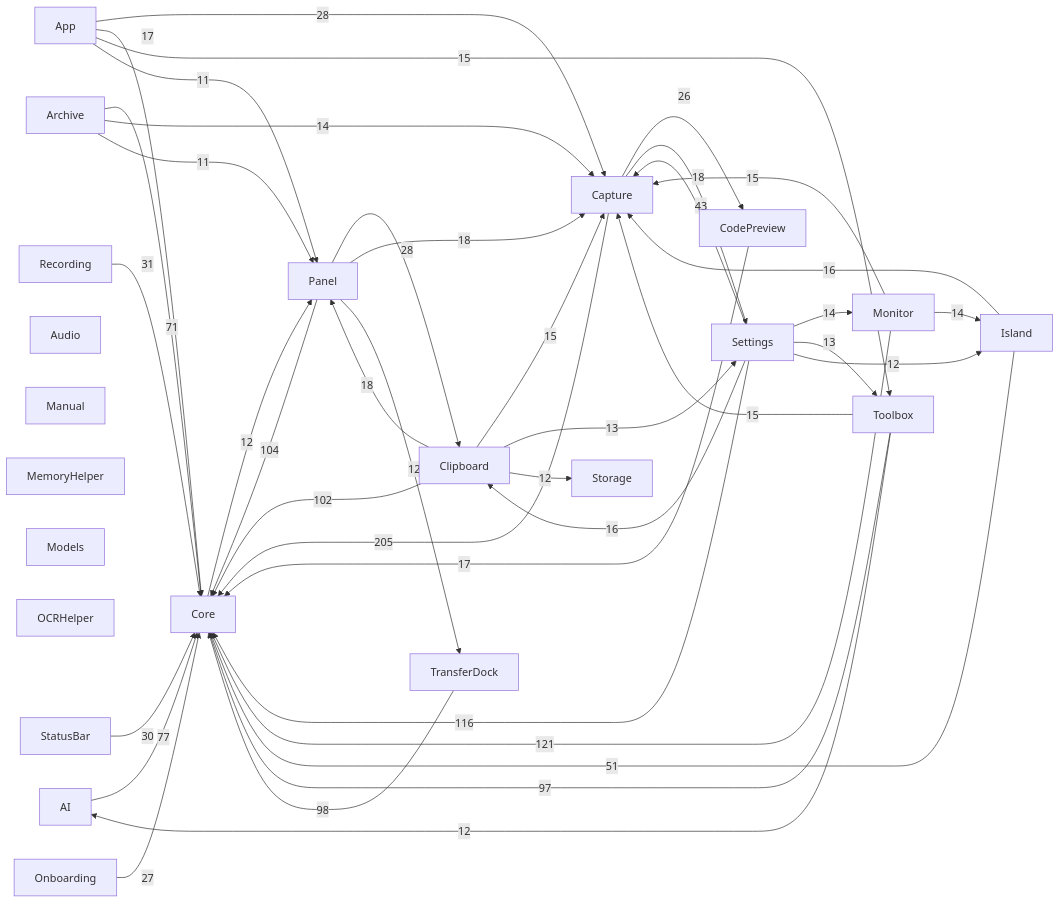
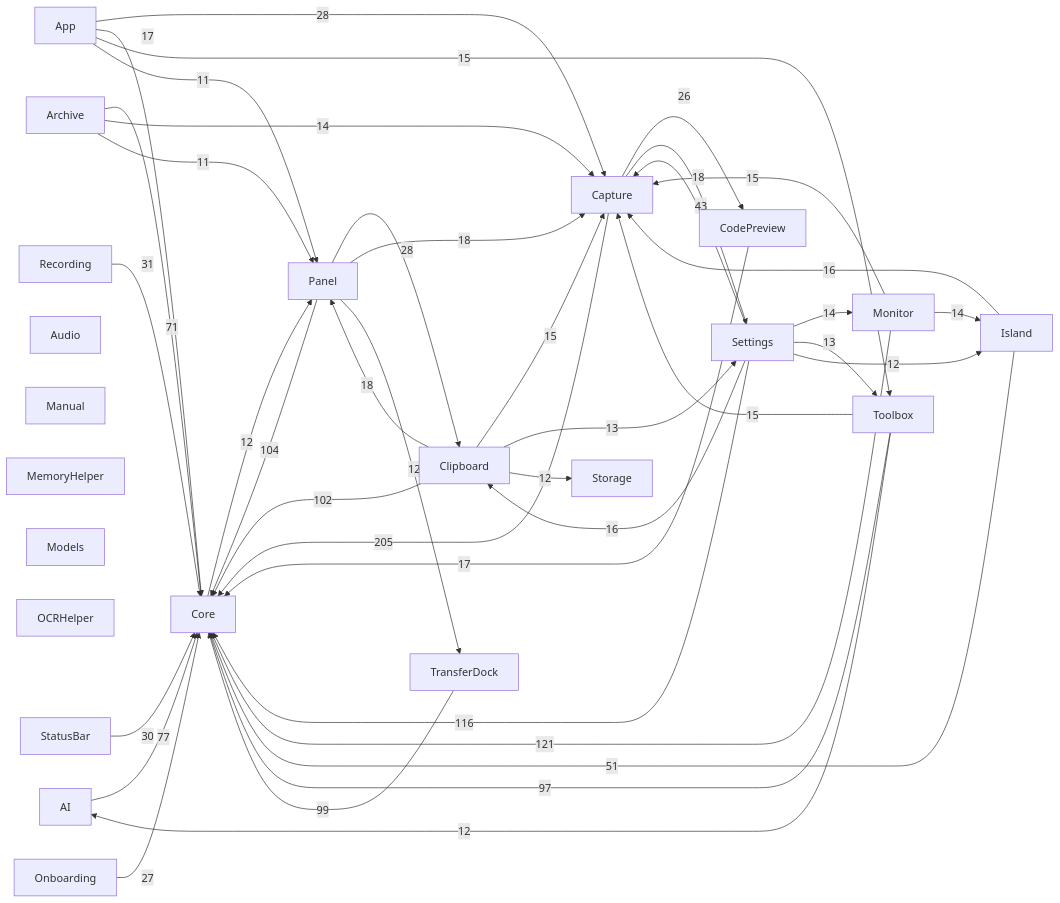
The diagram in docs/00-总览/模块依赖图.md (sxyq/Kitnest), drawn with Mermaid before and after one commit. The commit also changed other lines of this file and 6 other files, not shown here.

````diff
--- a/docs/00-总览/模块依赖图.md
+++ b/docs/00-总览/模块依赖图.md
@@ -36,65 +36,65 @@
 ```mermaid
 flowchart LR
   M0["AI"]
   M1["App"]
   M2["Archive"]
   M3["Audio"]
   M4["Capture"]
   M5["Clipboard"]
   M6["CodePreview"]
   M7["Core"]
   M8["Island"]
   M9["Manual"]
   M10["MemoryHelper"]
   M11["Models"]
   M12["Monitor"]
   M13["OCRHelper"]
   M14["Onboarding"]
   M15["Panel"]
   M16["Recording"]
   M17["Settings"]
   M18["StatusBar"]
   M19["Storage"]
   M20["Toolbox"]
   M21["TransferDock"]
   M4 -->|205| M7
   M12 -->|121| M7
   M17 -->|116| M7
   M15 -->|104| M7
   M5 -->|102| M7
-  M21 -->|98| M7
+  M21 -->|99| M7
   M20 -->|97| M7
   M0 -->|77| M7
   M2 -->|71| M7
   M8 -->|51| M7
   M17 -->|43| M4
   M16 -->|31| M7
   M18 -->|30| M7
   M1 -->|28| M4
   M15 -->|28| M5
   M14 -->|27| M7
   M4 -->|26| M6
   M4 -->|18| M17
   M5 -->|18| M15
   M15 -->|18| M4
   M1 -->|17| M7
   M6 -->|17| M7
   M8 -->|16| M4
   M17 -->|16| M5
   M1 -->|15| M20
   M5 -->|15| M4
   M12 -->|15| M4
   M20 -->|15| M4
   M2 -->|14| M4
   M12 -->|14| M8
   M17 -->|14| M12
   M5 -->|13| M17
   M17 -->|13| M20
   M7 -->|12| M15
   M5 -->|12| M19
   M15 -->|12| M21
   M17 -->|12| M8
   M20 -->|12| M0
   M1 -->|11| M15
   M2 -->|11| M15
 ```
````
